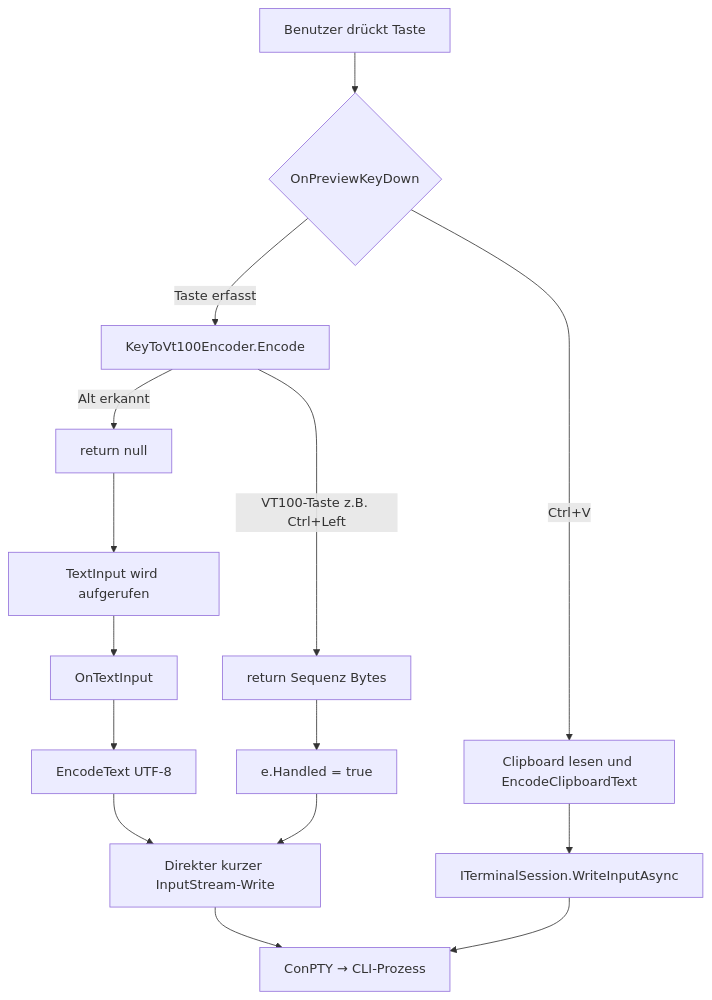
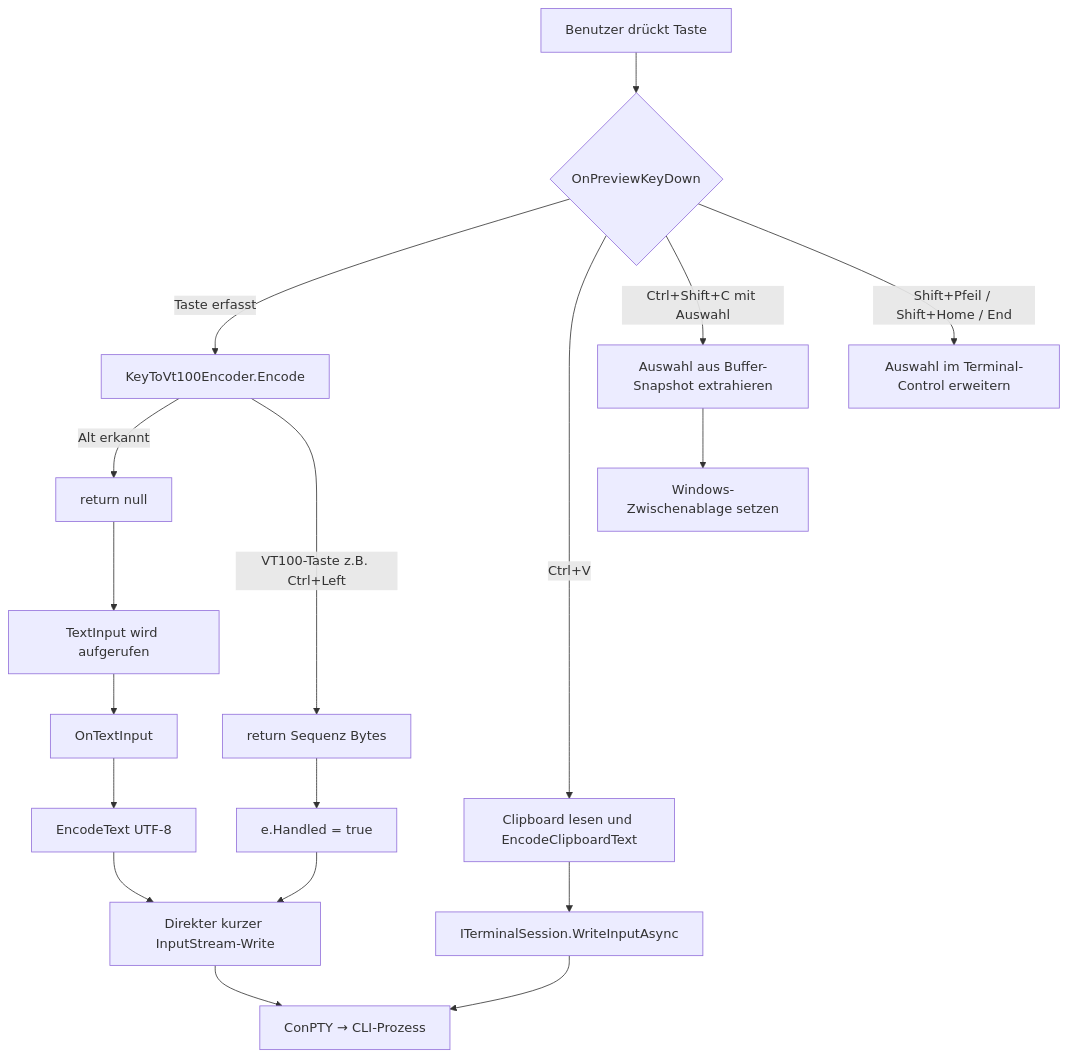
One commit to martin-stromberg/Softwareschmiede changed the diagram in docs/help/terminal/eingabeverarbeitung.md. Above: the diagram before and after it, drawn with Mermaid. The commit also changed other lines of this file and 23 other files, not shown here.

````diff
--- a/docs/help/terminal/eingabeverarbeitung.md
+++ b/docs/help/terminal/eingabeverarbeitung.md
@@ -167,19 +175,23 @@
 ```mermaid
 flowchart TD
     A["Benutzer drückt Taste"] --> B{"OnPreviewKeyDown"}
     B -->|Taste erfasst| C["KeyToVt100Encoder.Encode"]
     C -->|Alt erkannt| D["return null"]
     D --> E["TextInput wird aufgerufen"]
     E --> F["OnTextInput"]
     F --> G["EncodeText UTF-8"]
     G --> H["Direkter kurzer InputStream-Write"]
     H --> M["ConPTY → CLI-Prozess"]
     
     C -->|VT100-Taste z.B. Ctrl+Left| J["return Sequenz Bytes"]
     J --> K["e.Handled = true"]
     K --> H
 
     B -->|Ctrl+V| L["Clipboard lesen und EncodeClipboardText"]
     L --> I["ITerminalSession.WriteInputAsync"]
     I --> M
+
+    B -->|Ctrl+Shift+C mit Auswahl| N["Auswahl aus Buffer-Snapshot extrahieren"]
+    N --> O["Windows-Zwischenablage setzen"]
+    B -->|Shift+Pfeil / Shift+Home / End| P["Auswahl im Terminal-Control erweitern"]
 ```
````
